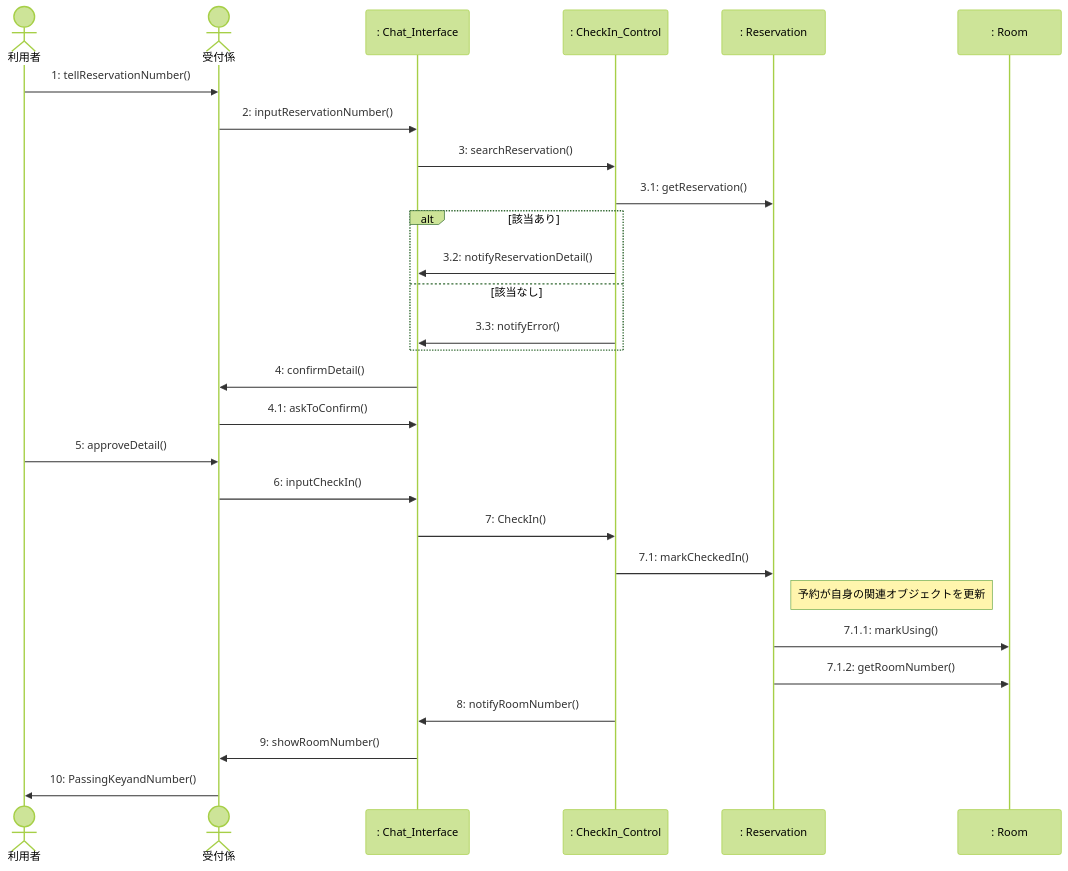
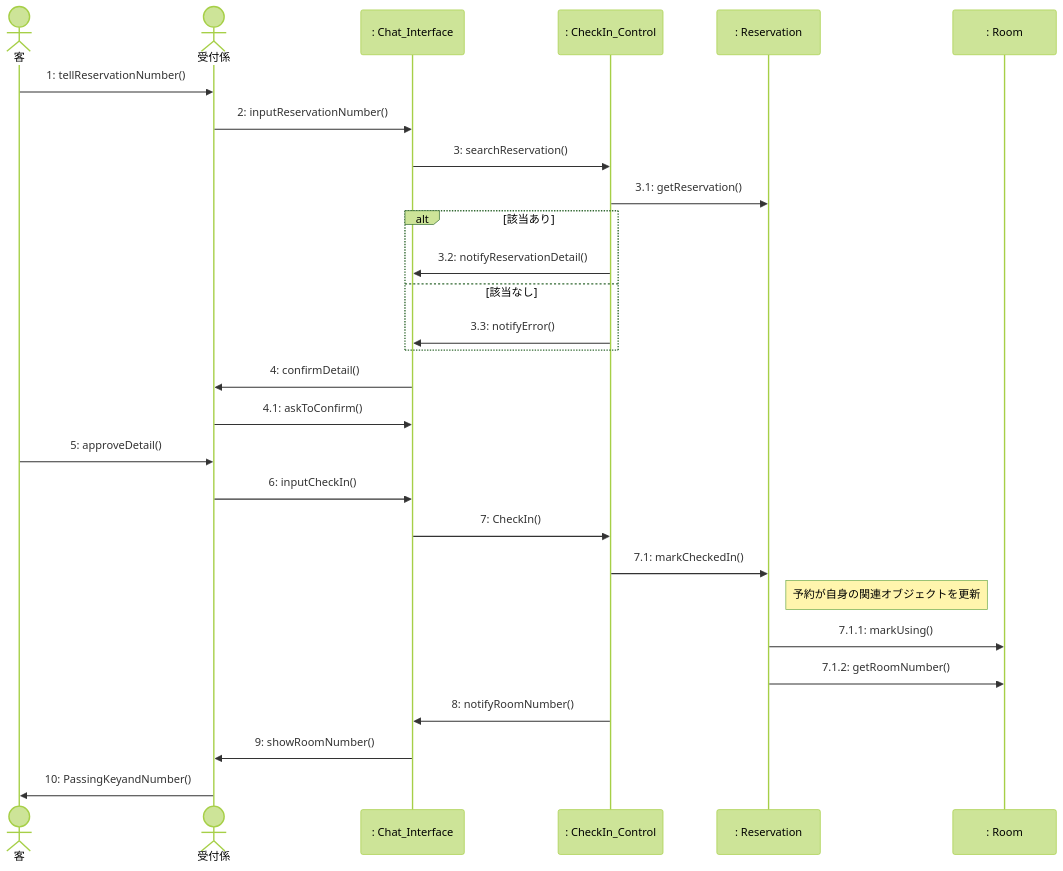
Before and after one commit to Kohki-tyl/HRS: the second of 4 diagrams in System_Analysis.md, drawn with Mermaid (forest theme). The commit also changed other lines of this file, not shown here.

````diff
--- a/System_Analysis.md
+++ b/System_Analysis.md
@@ -84,36 +84,36 @@
 ```mermaid
 sequenceDiagram
-    actor U as 利用者
+    actor U as 客
     actor R as 受付係
     participant UI as : Chat_Interface
     participant C as : CheckIn_Control
     participant RS as : Reservation
     participant RM as : Room
 
     U->>R: 1: tellReservationNumber()
     R->>UI: 2: inputReservationNumber()
     UI->>C: 3: searchReservation()
     C->>RS: 3.1: getReservation()
     
     alt 該当あり
         C->>UI: 3.2: notifyReservationDetail()
     else 該当なし
         C->>UI: 3.3: notifyError()
     end
     
     UI->>R: 4: confirmDetail()
     R->>UI: 4.1: askToConfirm()
     U->>R: 5: approveDetail()
     R->>UI: 6: inputCheckIn()
     
     UI->>C: 7: CheckIn()
     C->>RS: 7.1: markCheckedIn()
     
     Note right of RS: 予約が自身の関連オブジェクトを更新
     RS->>RM: 7.1.1: markUsing()
     RS->>RM: 7.1.2: getRoomNumber()
     
     C->>UI: 8: notifyRoomNumber()
     UI->>R: 9: showRoomNumber()
     R->>U: 10: PassingKeyandNumber()
 ```
````
